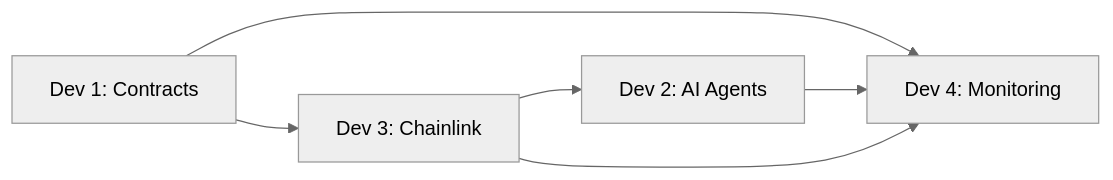
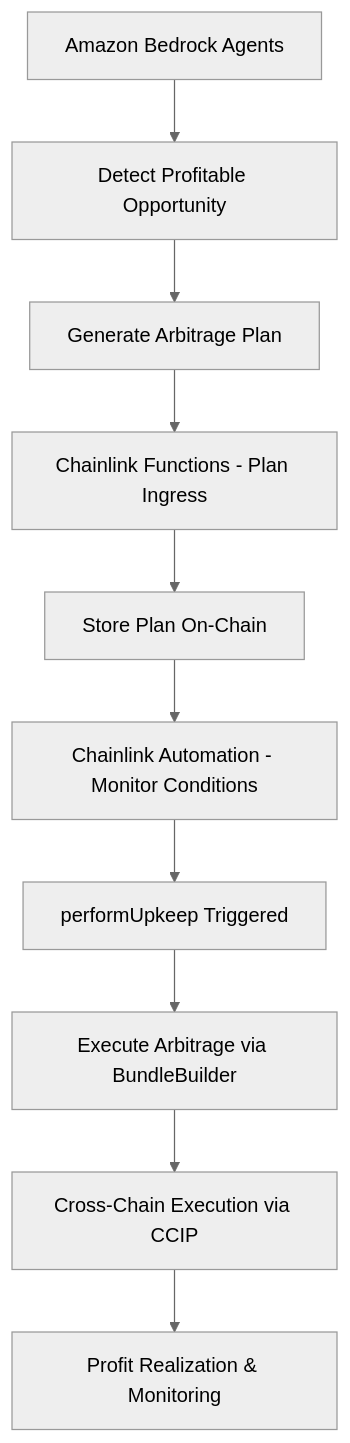
Before and after one commit to foundryUp/CrossLink-Arbiter: the diagram in docs/TEAM_TASKS.md, drawn with Mermaid (neutral theme). The commit also changed other lines of this file and 24 other files, not shown here.

Commit message:
chore : add simplified flows

````diff
--- a/docs/TEAM_TASKS.md
+++ b/docs/TEAM_TASKS.md
@@ -229,8 +133,12 @@
 ```mermaid
-graph LR
-    A[Dev 1: Contracts] --> B[Dev 3: Chainlink]
-    A --> D[Dev 4: Monitoring]
-    B --> C[Dev 2: AI Agents]
-    C --> D
-    B --> D
+graph TD
+    A[Amazon Bedrock Agents] --> B[Detect Profitable Opportunity]
+    B --> C[Generate Arbitrage Plan]
+    C --> D[Chainlink Functions - Plan Ingress]
+    D --> E[Store Plan On-Chain]
+    E --> F[Chainlink Automation - Monitor Conditions]
+    F --> G[performUpkeep Triggered]
+    G --> H[Execute Arbitrage via BundleBuilder]
+    H --> I[Cross-Chain Execution via CCIP]
+    I --> J[Profit Realization & Monitoring]
 ```
````
